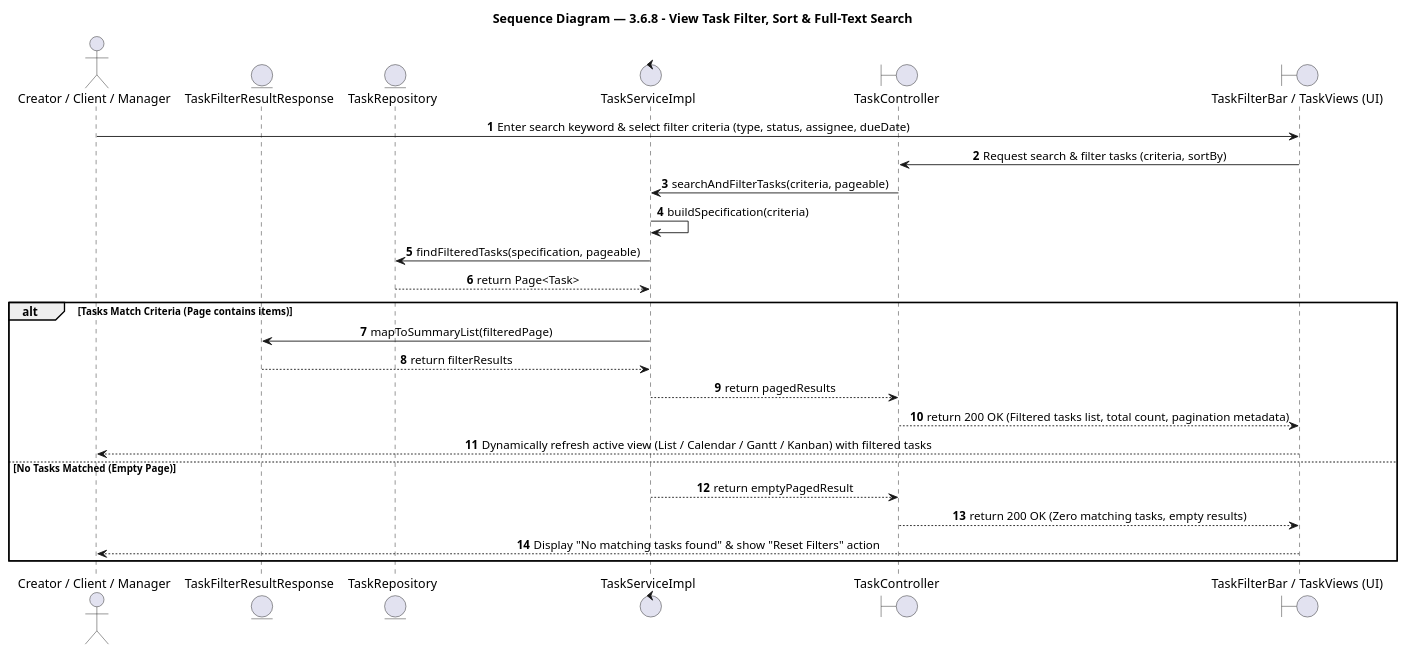
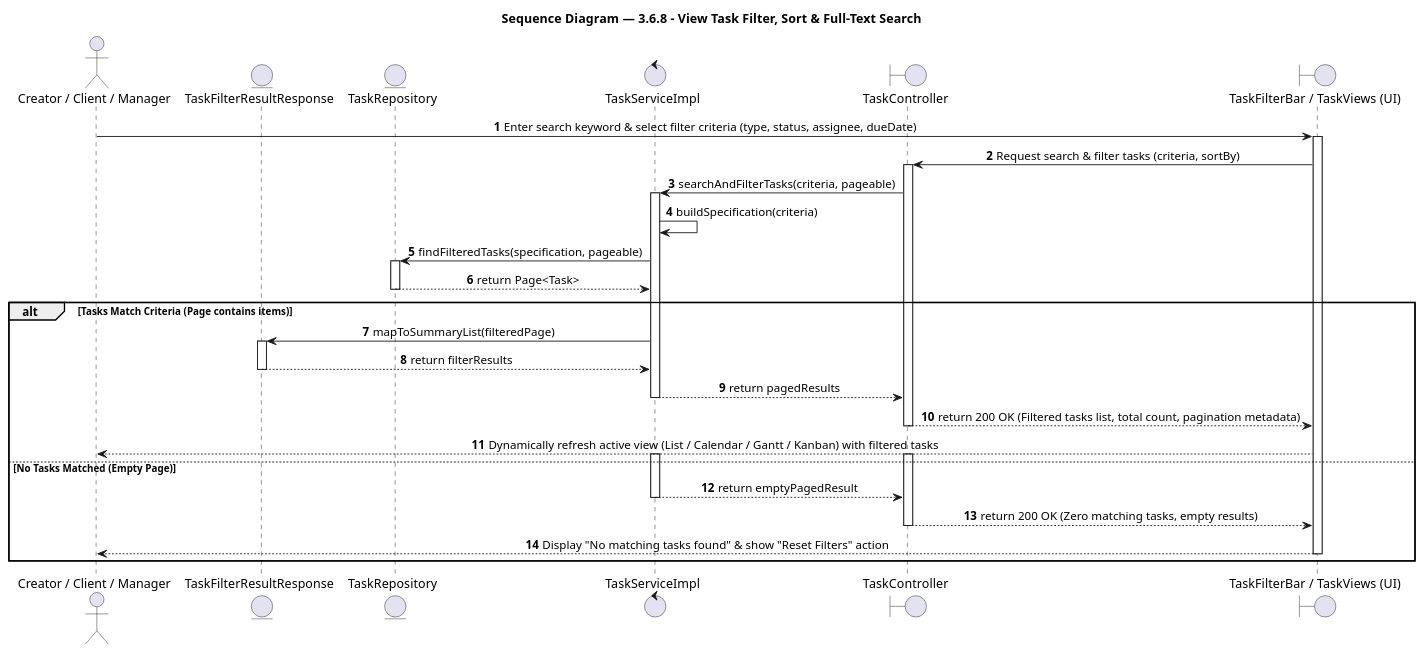
The diagram in docs/feature/content-task-workflow/3-6-8-view-task-filter/report4_sequence.puml (BrandHubOrganization/brandhub-infrastructure), drawn with PlantUML before and after one commit. The commit also changed 149 other files, not shown here.

Commit message:
docs(sequence): fix activation bars across all sequence diagrams according to UML 2.5 rules

```diff
--- a/docs/feature/content-task-workflow/3-6-8-view-task-filter/report4_sequence.puml
+++ b/docs/feature/content-task-workflow/3-6-8-view-task-filter/report4_sequence.puml
@@ -1,38 +1,52 @@
 @startuml 3.6.8 - View Task Filter, Sort & Full-Text Search
 title Sequence Diagram — 3.6.8 - View Task Filter, Sort & Full-Text Search
 
 autonumber
 skinparam shadowing false
 skinparam sequenceMessageAlign center
 skinparam BoxPadding 10
 skinparam ParticipantPadding 10
 
 ' === Participants ===
 actor "Creator / Client / Manager" as creatorclientmanager
 entity "TaskFilterResultResponse" as taskfilterresultresp
 entity "TaskRepository" as taskrepository
 control "TaskServiceImpl" as taskserviceimpl
 boundary "TaskController" as taskcontroller
 boundary "TaskFilterBar / TaskViews (UI)" as taskfilterbartaskvie
 
 ' === Flow ===
 creatorclientmanager -> taskfilterbartaskvie: Enter search keyword & select filter criteria (type, status, assignee, dueDate)
+activate taskfilterbartaskvie
 taskfilterbartaskvie -> taskcontroller: Request search & filter tasks (criteria, sortBy)
+activate taskcontroller
 taskcontroller -> taskserviceimpl: searchAndFilterTasks(criteria, pageable)
+activate taskserviceimpl
 taskserviceimpl -> taskserviceimpl: buildSpecification(criteria)
 taskserviceimpl -> taskrepository: findFilteredTasks(specification, pageable)
+activate taskrepository
 taskrepository --> taskserviceimpl: return Page<Task>
+deactivate taskrepository
 
 alt Tasks Match Criteria (Page contains items)
   taskserviceimpl -> taskfilterresultresp: mapToSummaryList(filteredPage)
+  activate taskfilterresultresp
   taskfilterresultresp --> taskserviceimpl: return filterResults
+  deactivate taskfilterresultresp
   taskserviceimpl --> taskcontroller: return pagedResults
+  deactivate taskserviceimpl
   taskcontroller --> taskfilterbartaskvie: return 200 OK (Filtered tasks list, total count, pagination metadata)
+  deactivate taskcontroller
   taskfilterbartaskvie --> creatorclientmanager: Dynamically refresh active view (List / Calendar / Gantt / Kanban) with filtered tasks
 else No Tasks Matched (Empty Page)
+  activate taskserviceimpl
+  activate taskcontroller
   taskserviceimpl --> taskcontroller: return emptyPagedResult
+  deactivate taskserviceimpl
   taskcontroller --> taskfilterbartaskvie: return 200 OK (Zero matching tasks, empty results)
+  deactivate taskcontroller
   taskfilterbartaskvie --> creatorclientmanager: Display "No matching tasks found" & show "Reset Filters" action
+  deactivate taskfilterbartaskvie
 end
 
 @enduml
```
